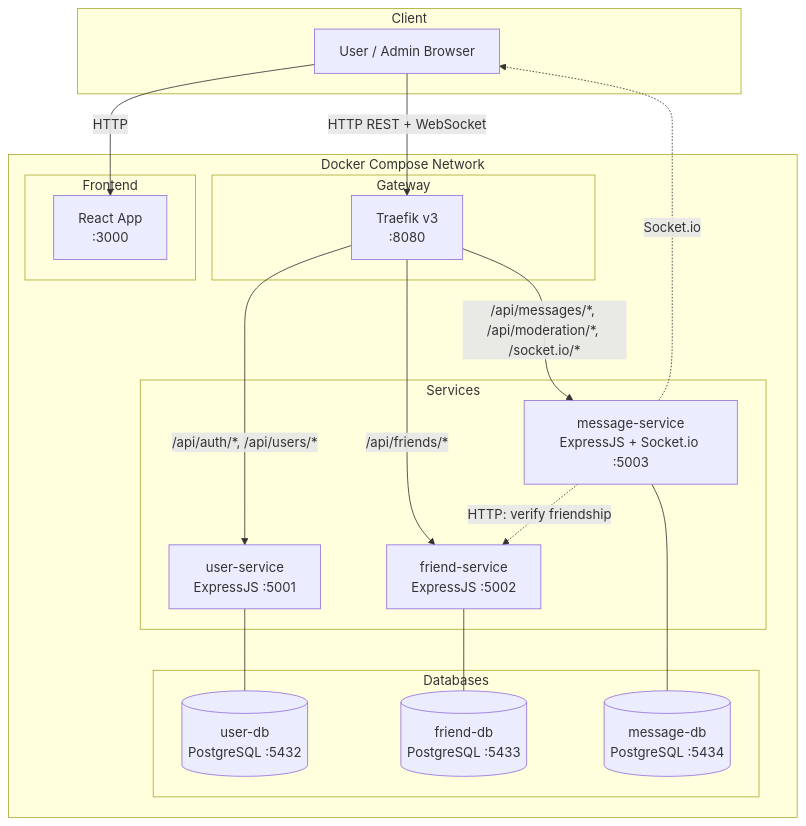
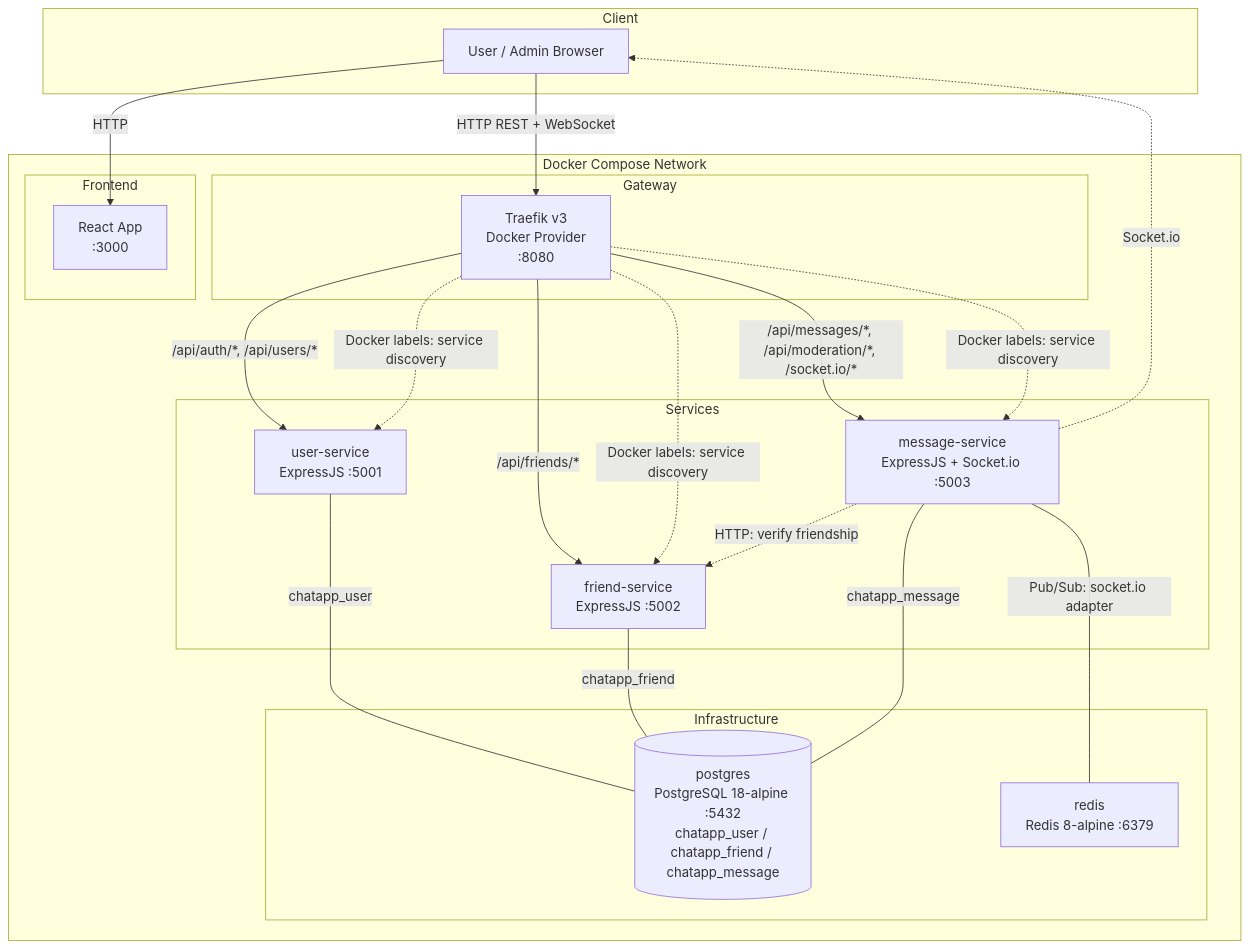
Before and after one commit to HiepNguyen284/chatapp-microservice: the diagram in docs/architecture.md, drawn with Mermaid. The commit also changed other lines of this file, not shown here.

Commit message:
docs: update architecture for single PostgreSQL, Traefik service discovery, Redis adapter

````diff
--- a/docs/architecture.md
+++ b/docs/architecture.md
@@ -119,43 +119,48 @@
 ```mermaid
 graph TB
     subgraph Client
         U[User / Admin Browser]
     end
 
     subgraph Docker Compose Network
         subgraph Gateway
-            GW[Traefik v3<br/>:8080]
+            GW[Traefik v3<br/>Docker Provider<br/>:8080]
         end
 
         subgraph Services
             US[user-service<br/>ExpressJS :5001]
             FS[friend-service<br/>ExpressJS :5002]
             MS[message-service<br/>ExpressJS + Socket.io :5003]
         end
 
-        subgraph Databases
-            UDB[(user-db<br/>PostgreSQL :5432)]
-            FDB[(friend-db<br/>PostgreSQL :5433)]
-            MDB[(message-db<br/>PostgreSQL :5434)]
+        subgraph Infrastructure
+            PG[(postgres<br/>PostgreSQL 18-alpine :5432<br/>chatapp_user / chatapp_friend / chatapp_message)]
+            RD[redis<br/>Redis 8-alpine :6379]
         end
 
         subgraph Frontend
             FE[React App<br/>:3000]
         end
     end
 
     U -->|HTTP| FE
     U -->|HTTP REST + WebSocket| GW
 
     GW -->|/api/auth/*, /api/users/*| US
     GW -->|/api/friends/*| FS
     GW -->|/api/messages/*, /api/moderation/*, /socket.io/*| MS
 
+    GW -.->|Docker labels: service discovery| US
+    GW -.->|Docker labels: service discovery| FS
+    GW -.->|Docker labels: service discovery| MS
+
     MS -.->|HTTP: verify friendship| FS
 
-    US --- UDB
-    FS --- FDB
-    MS --- MDB
+    US --- |chatapp_user| PG
+    FS --- |chatapp_friend| PG
+    MS --- |chatapp_message| PG
+
+    MS ---|Pub/Sub: socket.io adapter| RD
 
     MS -.->|Socket.io| U
 ```
````
